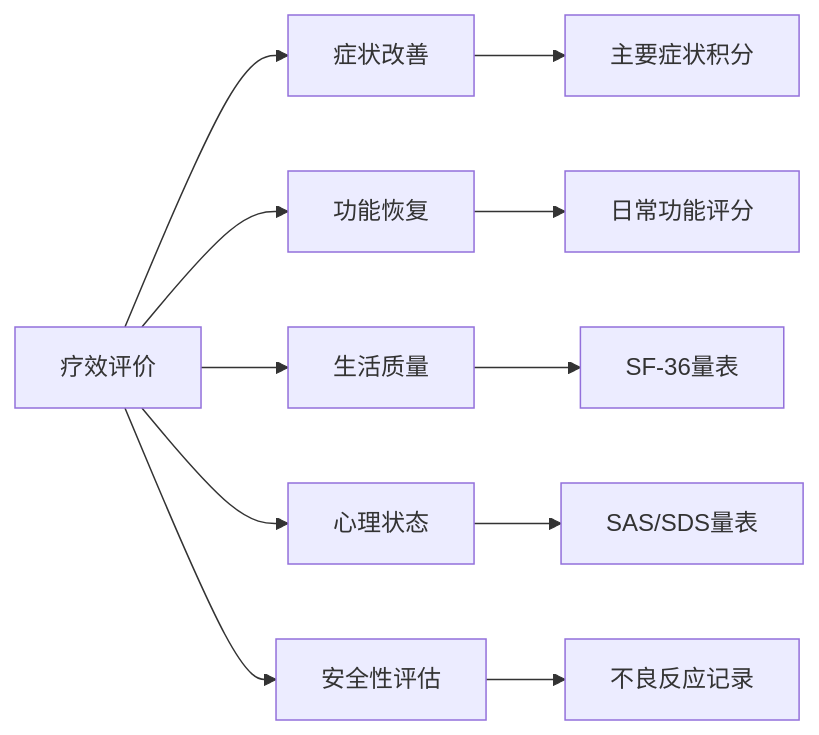
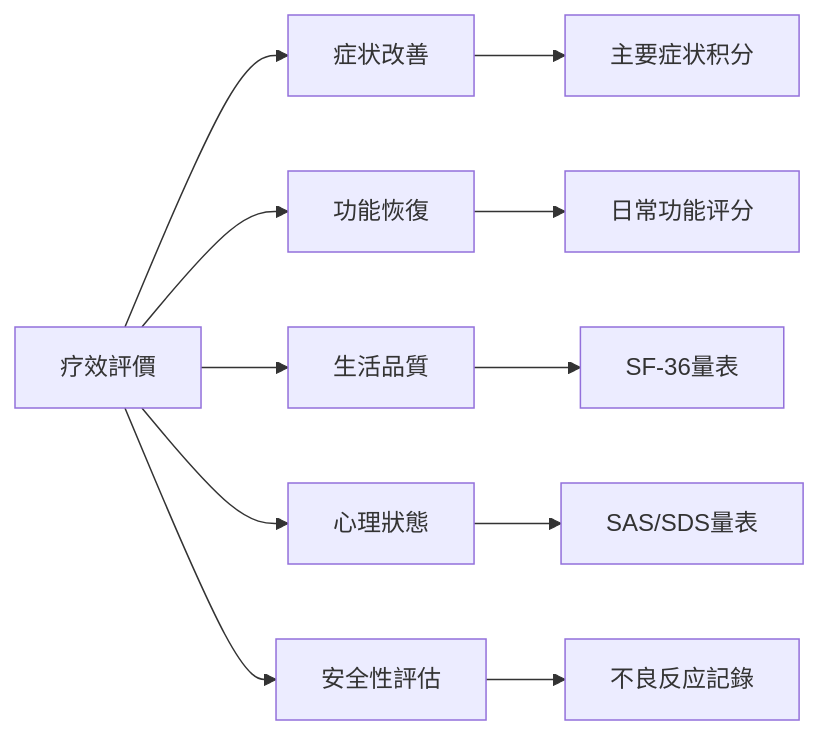
The first of 5 diagrams in 3 Resources/01-Tech/🏥 专业知识/耳穴知识库/04_临床应用/疗效评价标准.md (kmjade/knowledge-value), drawn with Mermaid before and after one commit. The commit also changed other lines of this file and 653 other files, not shown here.

````diff
--- a/3 Resources/01-Tech/🏥 专业知识/耳穴知识库/04_临床应用/疗效评价标准.md
+++ b/3 Resources/01-Tech/🏥 专业知识/耳穴知识库/04_临床应用/疗效评价标准.md
@@ -40,14 +40,14 @@
 ```mermaid
 graph LR
-    A[疗效评价] --> B[症状改善]
-    A --> C[功能恢复]
-    A --> D[生活质量]
-    A --> E[心理状态]
-    A --> F[安全性评估]
+    A[疗效評價] --> B[症状改善]
+    A --> C[功能恢復]
+    A --> D[生活品質]
+    A --> E[心理狀態]
+    A --> F[安全性評估]
 
     B --> B1[主要症状积分]
     C --> C1[日常功能评分]
     D --> D1[SF-36量表]
     E --> E1[SAS/SDS量表]
-    F --> F1[不良反应记录]
+    F --> F1[不良反应記錄]
 ```
````
